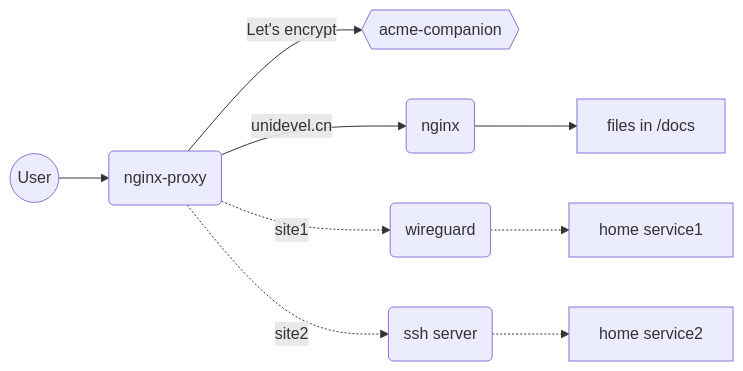
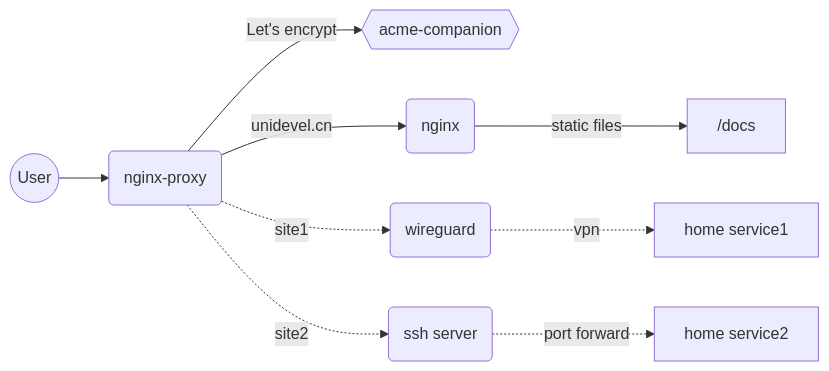
The second of 2 diagrams in docs/README.md (unidevel/mysite), drawn with Mermaid before and after one commit. The commit also changed other lines of this file, not shown here.

````diff
--- a/docs/README.md
+++ b/docs/README.md
@@ -20,9 +20,9 @@
 ```mermaid
 graph LR
     user(( User )) --> proxy
     proxy(nginx-proxy) -- Let's encrypt --> acme{{acme-companion}}
     proxy -- unidevel.cn --> nginx-docs(nginx)
-    nginx-docs --> site[ files in /docs ]
-    proxy -. site1 .-> wireguard(wireguard) .-> internal1[home service1]
-    proxy -. site2 .-> ssh(ssh server) .-> internal2[home service2]
+    nginx-docs -- static files --> site[ /docs ]
+    proxy -. site1 .-> wireguard(wireguard) -. vpn .-> internal1[home service1]
+    proxy -. site2 .-> ssh(ssh server) -. port forward .-> internal2[home service2]
 ```
````
